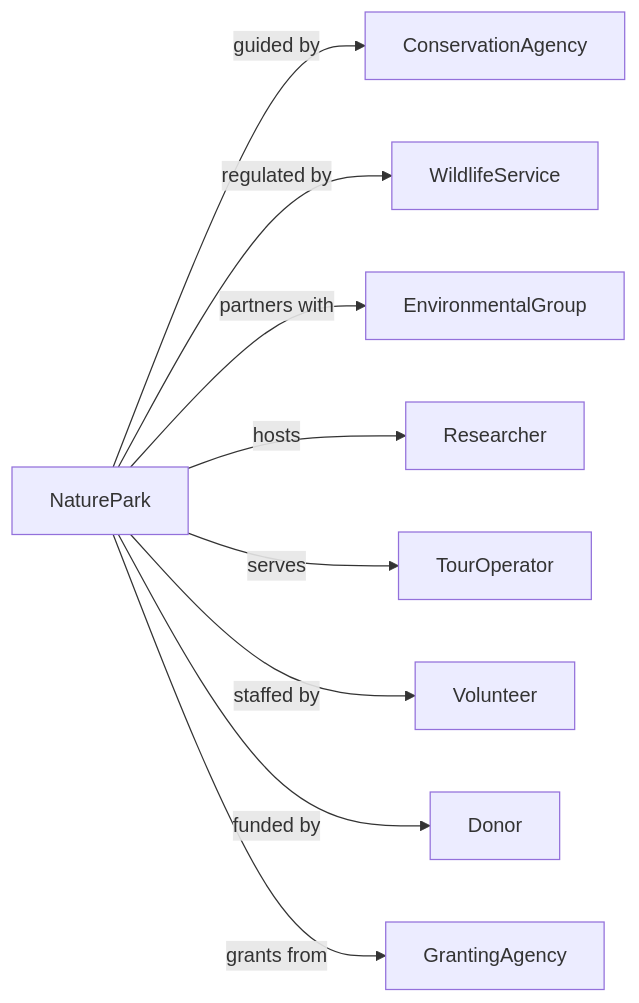
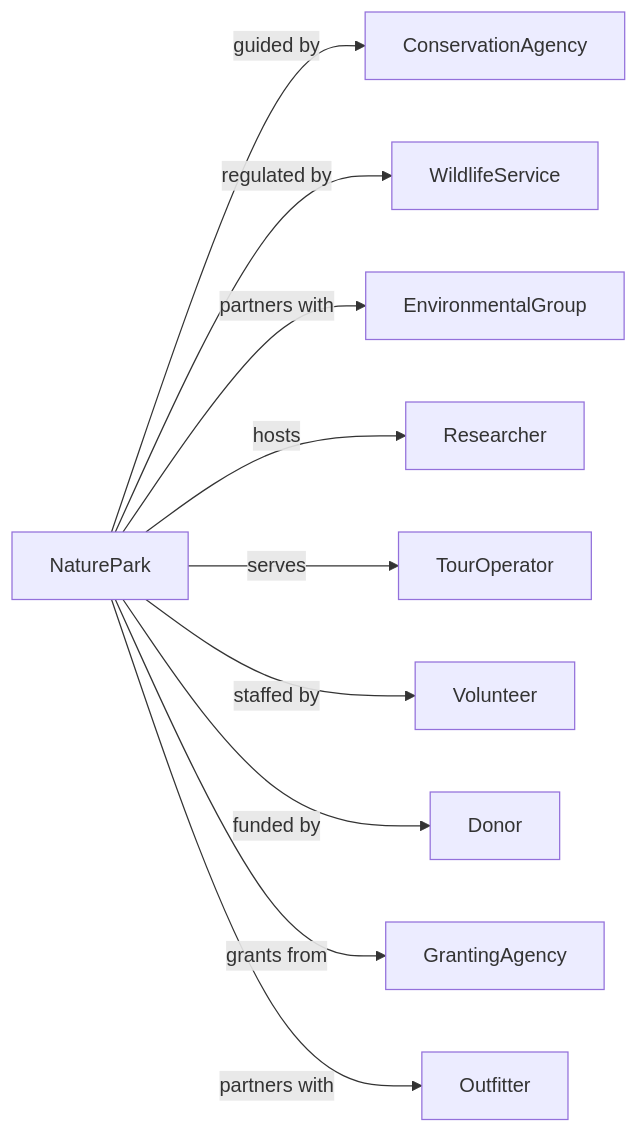
One commit to dot-org-ai/industries.org.ai changed the second of 2 diagrams in Arts/MuseumsHistoricalSitesAndSimilarInstitutions/MuseumsHistoricalSitesAndSimilarInstitutions/NatureParksAndOtherSimilarInstitutions.mdx. Above: the diagram before and after it, drawn with Mermaid. The commit also changed 588 other files, not shown here.

````diff
--- a/Arts/MuseumsHistoricalSitesAndSimilarInstitutions/MuseumsHistoricalSitesAndSimilarInstitutions/NatureParksAndOtherSimilarInstitutions.mdx
+++ b/Arts/MuseumsHistoricalSitesAndSimilarInstitutions/MuseumsHistoricalSitesAndSimilarInstitutions/NatureParksAndOtherSimilarInstitutions.mdx
@@ -128,13 +128,14 @@
 ```mermaid
 graph LR
     P[NaturePark]
 
     P -->|guided by| ConservationAgency
     P -->|regulated by| WildlifeService
     P -->|partners with| EnvironmentalGroup
     P -->|hosts| Researcher
     P -->|serves| TourOperator
     P -->|staffed by| Volunteer
     P -->|funded by| Donor
     P -->|grants from| GrantingAgency
+    P -->|partners with| Outfitter
 ```
````
